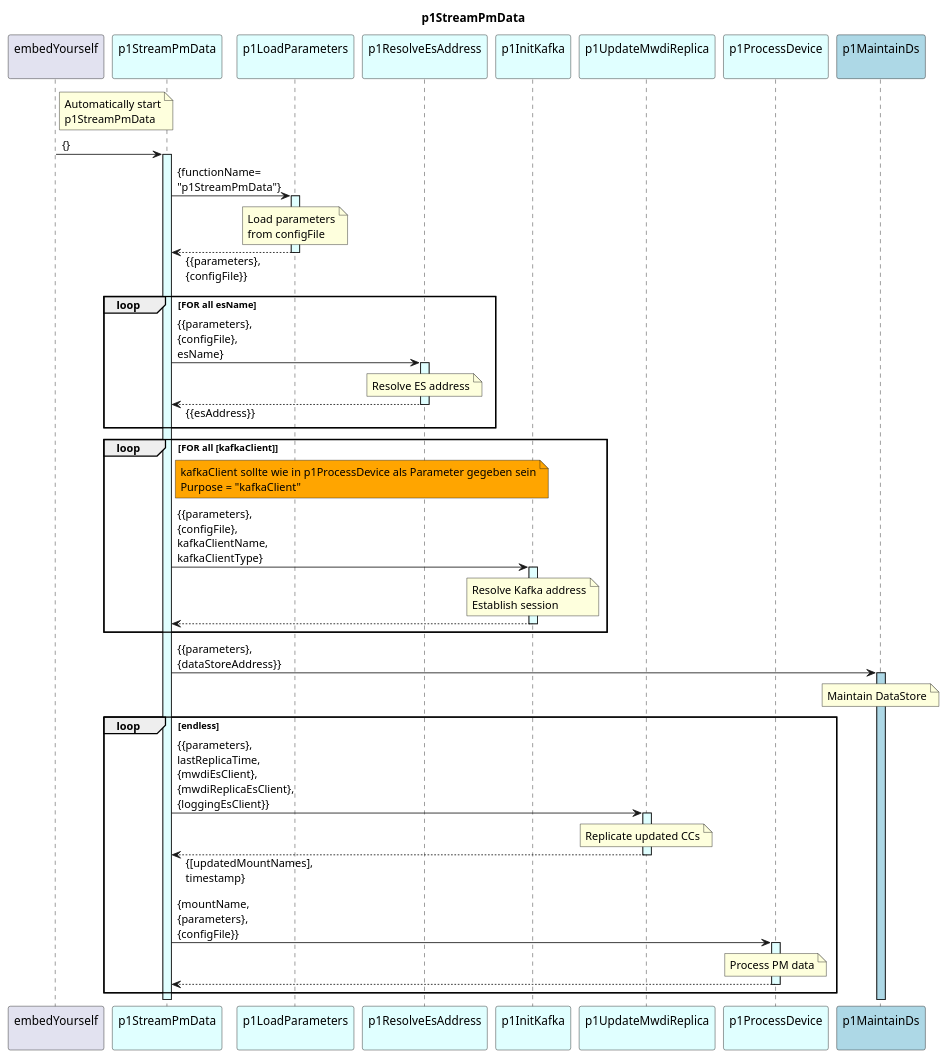
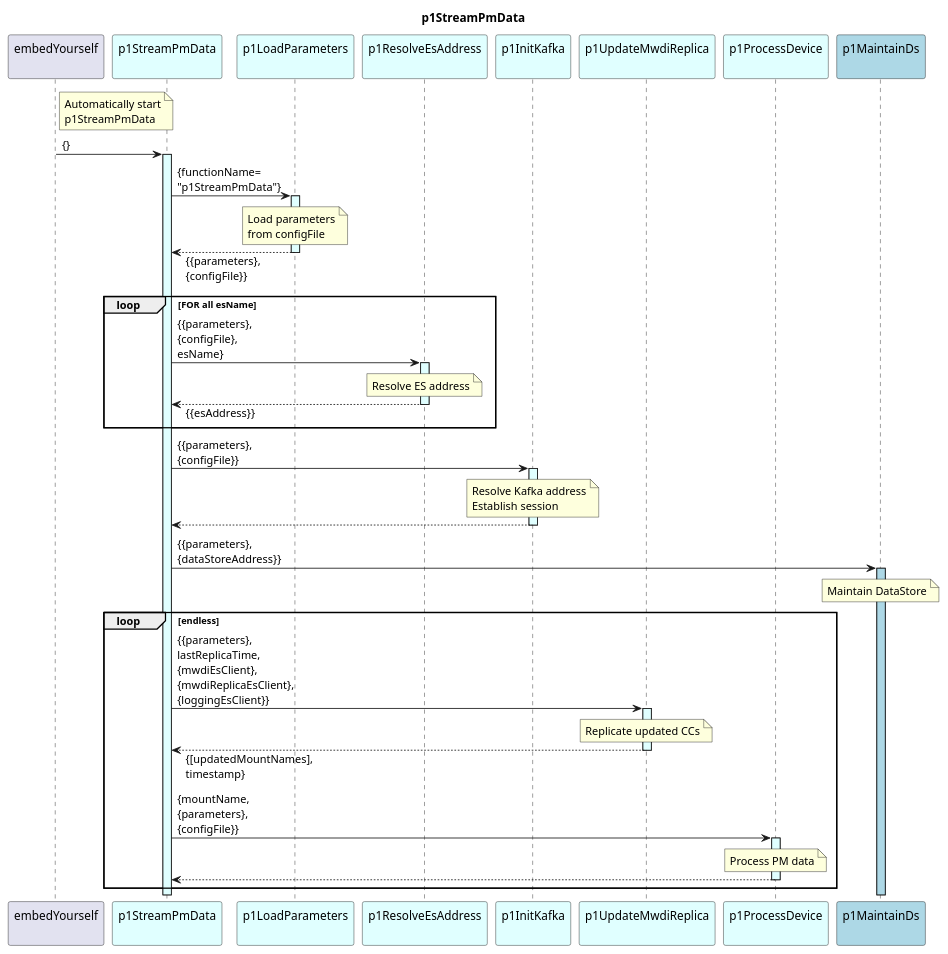
The diagram in spec/Functions/specificFunctions/p1StreamPmData/1.0.0/p1StreamPmData.plantuml (openBackhaul/DevicePerformanceManagementDataProcessor), drawn with PlantUML before and after one commit. The commit also changed 14 other files, not shown here.

Commit message:
Make p1InitKafka configurable

```diff
--- a/spec/Functions/specificFunctions/p1StreamPmData/1.0.0/p1StreamPmData.plantuml
+++ b/spec/Functions/specificFunctions/p1StreamPmData/1.0.0/p1StreamPmData.plantuml
@@ -1,89 +1,80 @@
 @startuml p1StreamPmData
 skinparam responseMessageBelowArrow true
 
 title
   p1StreamPmData
 end title
 
 participant "embedYourself\n" as embed
 participant "p1StreamPmData\n" as p1RMWDI #LightCyan
 participant "p1LoadParameters\n" as p1LP #LightCyan
 participant "p1ResolveEsAddress\n" as p1REA #LightCyan
 participant "p1InitKafka\n" as p1InitKafka #LightCyan
 participant "p1UpdateMwdiReplica\n" as p1UMR #LightCyan
 participant "p1ProcessDevice\n" as p1ProcessPm #LightCyan
 participant "p1MaintainDs\n" as p1MDS #LightBlue
 
 note right embed
   Automatically start
   p1StreamPmData
 end note
 embed -> p1RMWDI : {}
 activate p1RMWDI #LightCyan
 
   p1RMWDI -> p1LP : {functionName=\n"p1StreamPmData"}
   activate p1LP #LightCyan
     note over p1LP
       Load parameters
       from configFile
     end note
   p1RMWDI <-- p1LP : {{parameters},\n{configFile}}
   deactivate p1LP
 
   Loop FOR all esName
     p1RMWDI -> p1REA : {{parameters},\n{configFile},\nesName}
     activate p1REA #LightCyan
       note over p1REA
         Resolve ES address
       end note
     p1RMWDI <-- p1REA : {{esAddress}}
     deactivate p1REA
   end Loop
 
-  loop FOR all [kafkaClient]
-
-    note right p1RMWDI #Orange
-      kafkaClient sollte wie in p1ProcessDevice als Parameter gegeben sein
-      Purpose = "kafkaClient"
-    end note
-
-    p1RMWDI -> p1InitKafka : {{parameters},\n{configFile},\nkafkaClientName,\nkafkaClientType}
+    p1RMWDI -> p1InitKafka : {{parameters},\n{configFile}}
     activate p1InitKafka #LightCyan
 
       note over p1InitKafka
         Resolve Kafka address
         Establish session
       end note
 
     p1RMWDI <-- p1InitKafka
     deactivate p1InitKafka
-
-  end loop
 
   p1RMWDI -> p1MDS : {{parameters},\n{dataStoreAddress}}
   activate p1MDS #LightBlue
     note over p1MDS
       Maintain DataStore
     end note
 
   Loop endless
 
     p1RMWDI -> p1UMR : {{parameters},\nlastReplicaTime,\n{mwdiEsClient},\n{mwdiReplicaEsClient},\n{loggingEsClient}}
     activate p1UMR #LightCyan
       note over p1UMR
         Replicate updated CCs
       end note
     p1RMWDI <-- p1UMR : {[updatedMountNames],\ntimestamp}
     deactivate p1UMR
 
     p1RMWDI -> p1ProcessPm : {mountName,\n{parameters},\n{configFile}}
     activate p1ProcessPm #LightCyan
       note over p1ProcessPm
         Process PM data
       end note
     p1RMWDI <-- p1ProcessPm
     deactivate p1ProcessPm
 
   end Loop
 
 @enduml
```
